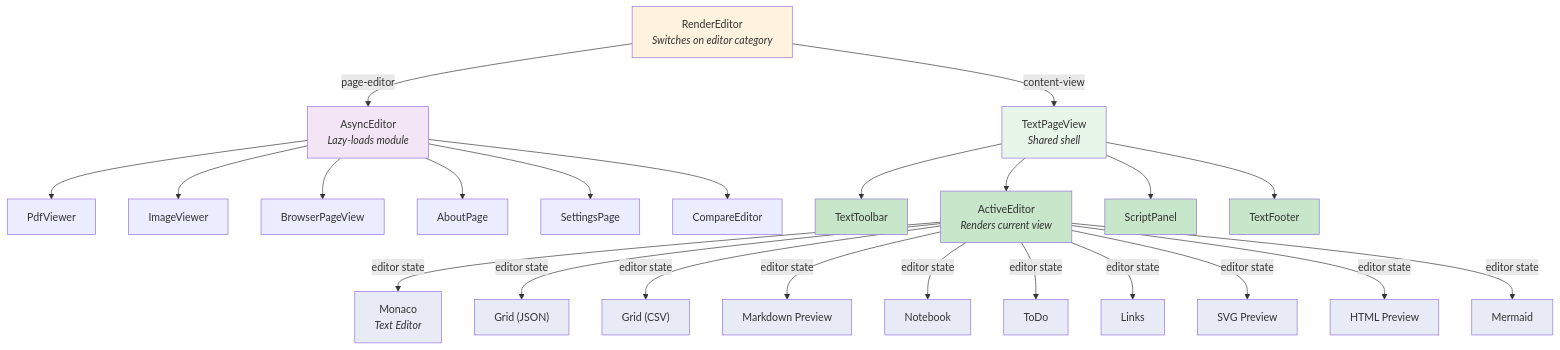
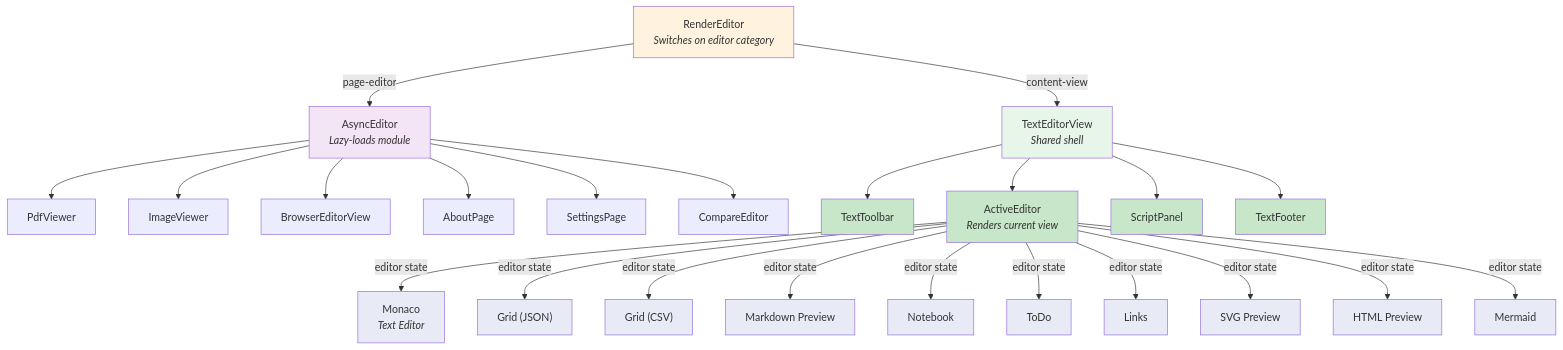
Before and after one commit to andriy-viyatyk/persephone: the diagram in doc/architecture/diagrams/3-rendering-architecture.mmd, drawn with Mermaid. The commit also changed 72 other files, not shown here.

```diff
--- a/doc/architecture/diagrams/3-rendering-architecture.mmd
+++ b/doc/architecture/diagrams/3-rendering-architecture.mmd
@@ -1,46 +1,46 @@
 graph TB
     RP["RenderEditor<br/><i>Switches on editor category</i>"]
 
     RP -->|"page-editor"| AE["AsyncEditor<br/><i>Lazy-loads module</i>"]
     AE --> PDF["PdfViewer"]
     AE --> IMG["ImageViewer"]
-    AE --> BR["BrowserPageView"]
+    AE --> BR["BrowserEditorView"]
     AE --> AB["AboutPage"]
     AE --> SET["SettingsPage"]
     AE --> CMP["CompareEditor"]
 
-    RP -->|"content-view"| TPV["TextPageView<br/><i>Shared shell</i>"]
+    RP -->|"content-view"| TPV["TextEditorView<br/><i>Shared shell</i>"]
 
     TPV --> TB["TextToolbar"]
     TPV --> ACT["ActiveEditor<br/><i>Renders current view</i>"]
     TPV --> SP["ScriptPanel"]
     TPV --> TF["TextFooter"]
 
     ACT -->|"editor state"| MON["Monaco<br/><i>Text Editor</i>"]
     ACT -->|"editor state"| GJ["Grid (JSON)"]
     ACT -->|"editor state"| GC["Grid (CSV)"]
     ACT -->|"editor state"| MD["Markdown Preview"]
     ACT -->|"editor state"| NB["Notebook"]
     ACT -->|"editor state"| TD["ToDo"]
     ACT -->|"editor state"| LK["Links"]
     ACT -->|"editor state"| SVG["SVG Preview"]
     ACT -->|"editor state"| HTML["HTML Preview"]
     ACT -->|"editor state"| MMD["Mermaid"]
 
     style RP fill:#fff3e0
     style AE fill:#f3e5f5
     style TPV fill:#e8f5e9
     style TB fill:#c8e6c9
     style ACT fill:#c8e6c9
     style SP fill:#c8e6c9
     style TF fill:#c8e6c9
     style MON fill:#e8eaf6
     style GJ fill:#e8eaf6
     style GC fill:#e8eaf6
     style MD fill:#e8eaf6
     style NB fill:#e8eaf6
     style TD fill:#e8eaf6
     style LK fill:#e8eaf6
     style SVG fill:#e8eaf6
     style HTML fill:#e8eaf6
     style MMD fill:#e8eaf6
```
